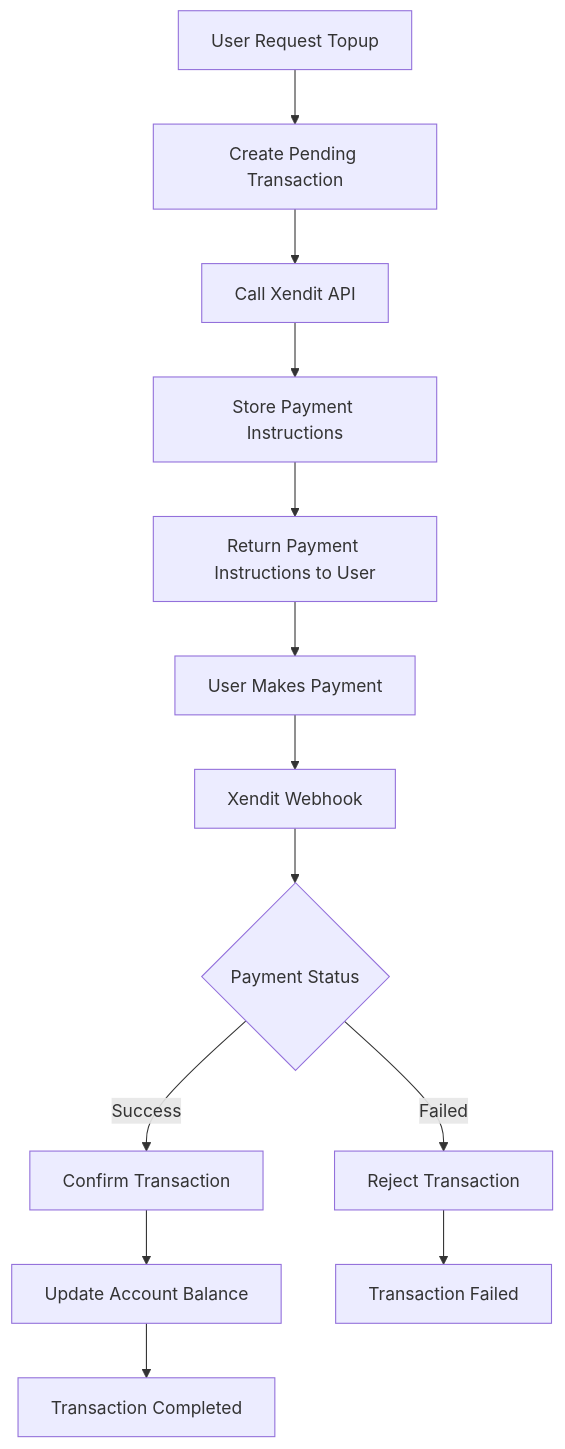
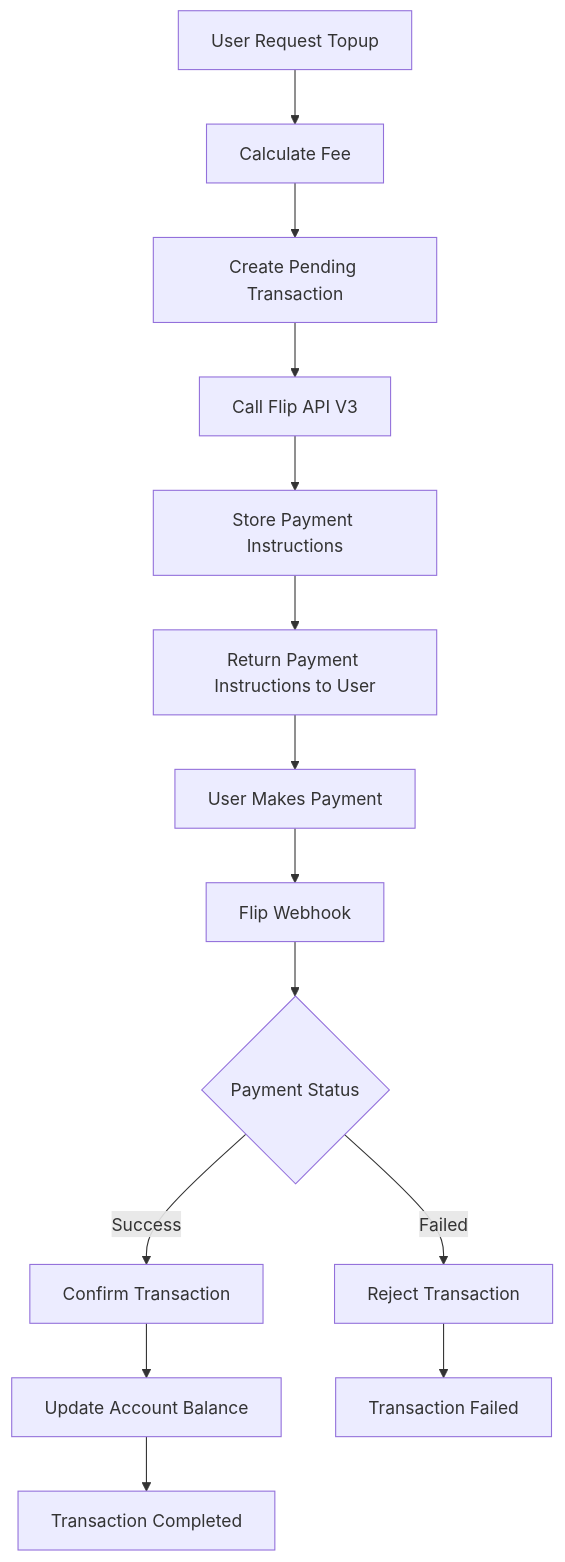
The first of 2 diagrams in README.md (safatanc/gsalt-core), drawn with Mermaid before and after one commit. The commit also changed other lines of this file and 16 other files, not shown here.

Commit message:
changes: Xendit to Flip

````diff
--- a/README.md
+++ b/README.md
@@ -74,15 +86,16 @@
 ```mermaid
 graph TD
-    A[User Request Topup] --> B[Create Pending Transaction]
-    B --> C[Call Xendit API]
-    C --> D[Store Payment Instructions]
-    D --> E[Return Payment Instructions to User]
-    E --> F[User Makes Payment]
-    F --> G[Xendit Webhook]
-    G --> H{Payment Status}
-    H -->|Success| I[Confirm Transaction]
-    H -->|Failed| J[Reject Transaction]
-    I --> K[Update Account Balance]
-    K --> L[Transaction Completed]
-    J --> M[Transaction Failed]
+    A[User Request Topup] --> B[Calculate Fee]
+    B --> C[Create Pending Transaction]
+    C --> D[Call Flip API V3]
+    D --> E[Store Payment Instructions]
+    E --> F[Return Payment Instructions to User]
+    F --> G[User Makes Payment]
+    G --> H[Flip Webhook]
+    H --> I{Payment Status}
+    I -->|Success| J[Confirm Transaction]
+    I -->|Failed| K[Reject Transaction]
+    J --> L[Update Account Balance]
+    L --> M[Transaction Completed]
+    K --> N[Transaction Failed]
 ```
````
